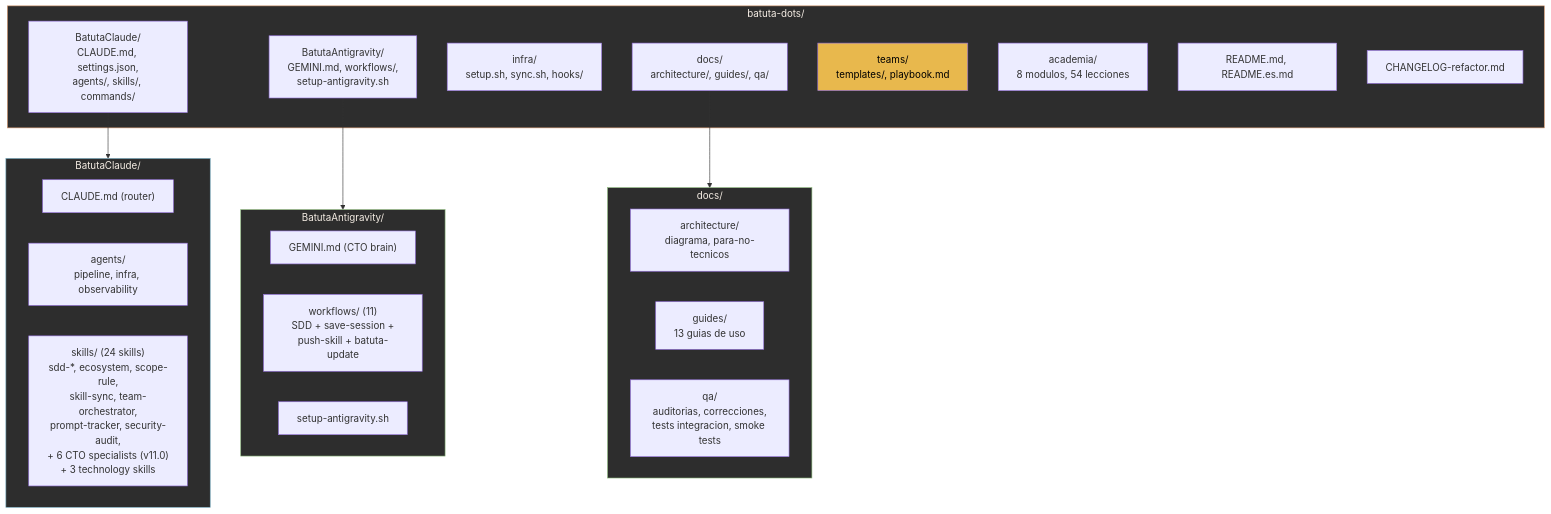
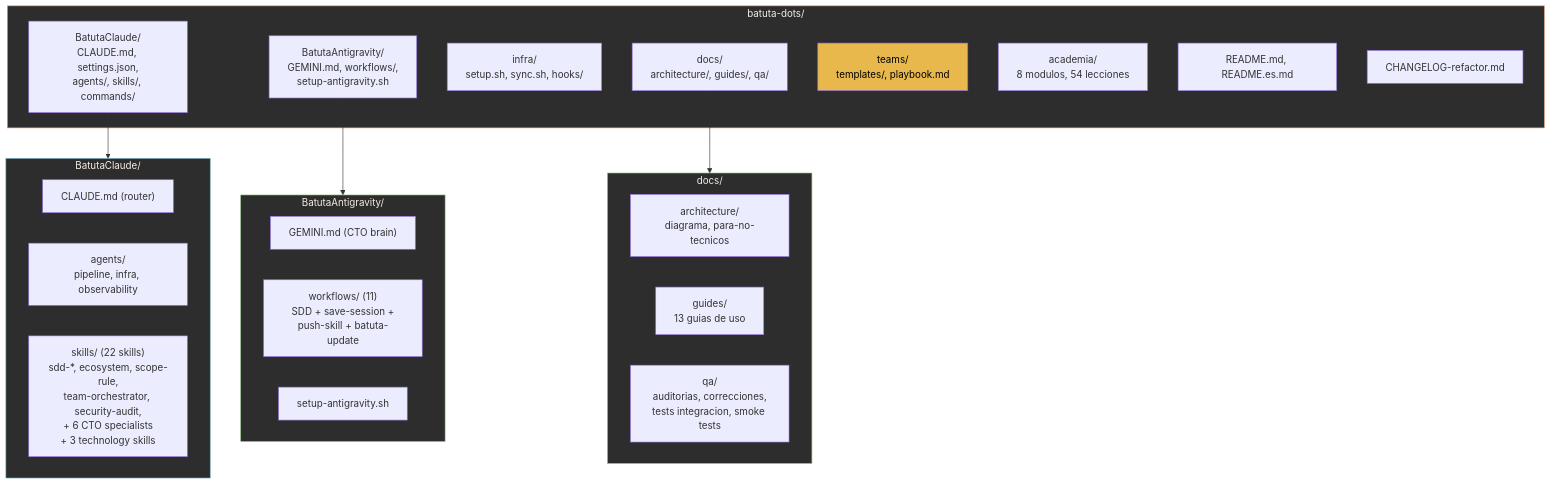
One commit to jota-batuta/batuta-dots changed diagram 23 of 23 in docs/architecture/arquitectura-diagrama.md. Above: the diagram before and after it, drawn with Mermaid. The commit also changed other lines of this file and 69 other files, not shown here.

First line of the commit message:
refactor: eliminate ecosystem overhead — prompt-tracker, skill-sync, dead hooks (v11.1)

````diff
--- a/docs/architecture/arquitectura-diagrama.md
+++ b/docs/architecture/arquitectura-diagrama.md
@@ -906,41 +835,41 @@
 ```mermaid
 flowchart TD
     subgraph ROOT["batuta-dots/"]
         CLAUDE_DIR["BatutaClaude/<br/>CLAUDE.md, settings.json,<br/>agents/, skills/, commands/"]
         ANTIGRAVITY_DIR["BatutaAntigravity/<br/>GEMINI.md, workflows/,<br/>setup-antigravity.sh"]
         INFRA_DIR["infra/<br/>setup.sh, sync.sh, hooks/"]
         DOCS["docs/<br/>architecture/, guides/, qa/"]
         TEAMS["teams/<br/>templates/, playbook.md"]
         ACADEMIA["academia/<br/>8 modulos, 54 lecciones"]
         README["README.md, README.es.md"]
         CHANGELOG["CHANGELOG-refactor.md"]
     end
 
     subgraph CLAUDE_DETAIL["BatutaClaude/"]
         CLAUDE_MD["CLAUDE.md (router)"]
         AGENTS["agents/<br/>pipeline, infra, observability"]
-        SKILLS_24["skills/ (24 skills)<br/>sdd-*, ecosystem, scope-rule,<br/>skill-sync, team-orchestrator,<br/>prompt-tracker, security-audit,<br/>+ 6 CTO specialists (v11.0)<br/>+ 3 technology skills"]
+        SKILLS_22["skills/ (22 skills)<br/>sdd-*, ecosystem, scope-rule,<br/>team-orchestrator, security-audit,<br/>+ 6 CTO specialists<br/>+ 3 technology skills"]
     end
 
     subgraph ANTIGRAVITY_DETAIL["BatutaAntigravity/"]
         GEMINI_MD["GEMINI.md (CTO brain)"]
         WORKFLOWS["workflows/ (11)<br/>SDD + save-session +<br/>push-skill + batuta-update"]
         SETUP_AG["setup-antigravity.sh"]
     end
 
     subgraph DOCS_DETAIL["docs/"]
         ARCH["architecture/<br/>diagrama, para-no-tecnicos"]
         GUIDES["guides/<br/>13 guias de uso"]
         QA["qa/<br/>auditorias, correcciones,<br/>tests integracion, smoke tests"]
     end
 
     CLAUDE_DIR --> CLAUDE_DETAIL
     ANTIGRAVITY_DIR --> ANTIGRAVITY_DETAIL
     DOCS --> DOCS_DETAIL
 
     style ROOT fill:#2d2d2d,stroke:#D4956A,color:#F5EDE4
     style CLAUDE_DETAIL fill:#2d2d2d,stroke:#7AAFC4,color:#F5EDE4
     style ANTIGRAVITY_DETAIL fill:#2d2d2d,stroke:#8BB87A,color:#F5EDE4
     style DOCS_DETAIL fill:#2d2d2d,stroke:#8BB87A,color:#F5EDE4
     style TEAMS fill:#E8B84D,color:#000
 ```
````
